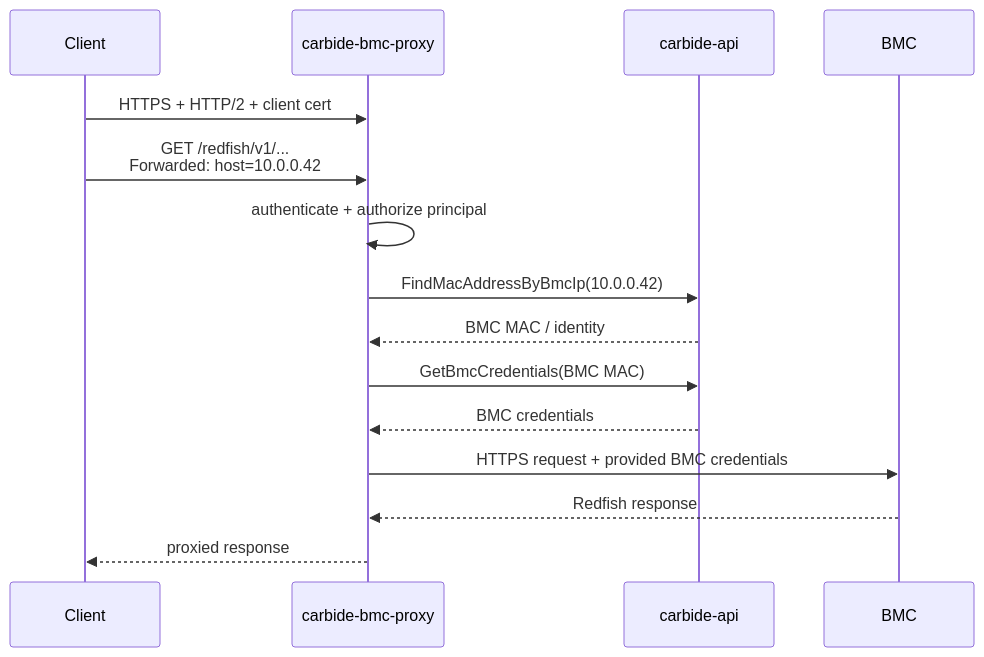
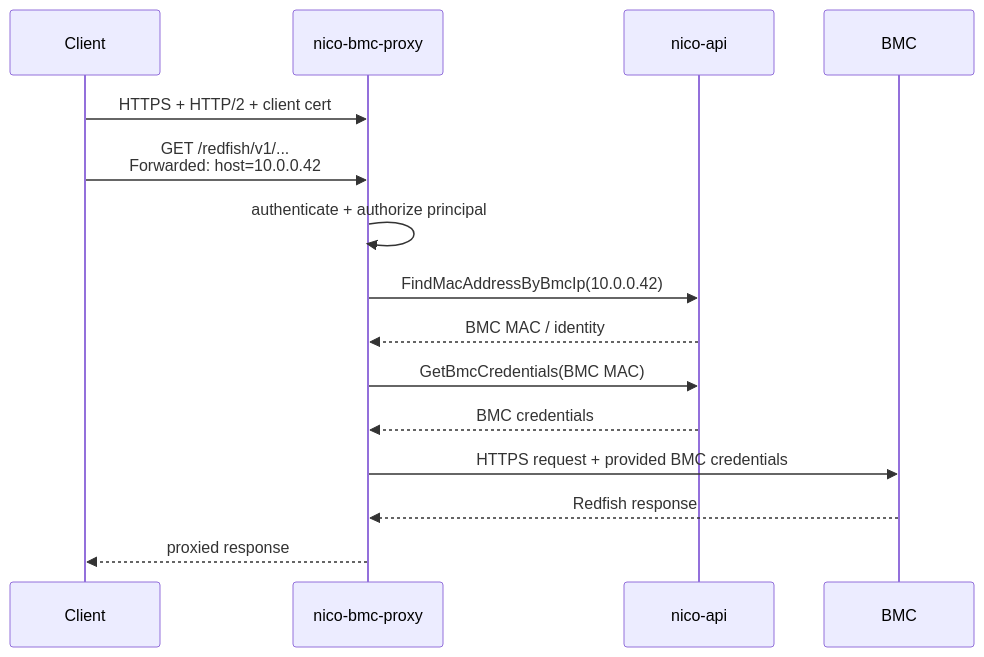
Before and after one commit to NVIDIA/infra-controller: the third of 3 diagrams in crates/bmc-proxy/README.md, drawn with Mermaid. The commit also changed other lines of this file and 89 other files, not shown here.

````diff
--- a/crates/bmc-proxy/README.md
+++ b/crates/bmc-proxy/README.md
@@ -203,18 +203,18 @@
 ```mermaid
 sequenceDiagram
     participant Client
-    participant Proxy as carbide-bmc-proxy
-    participant API as carbide-api
+    participant Proxy as nico-bmc-proxy
+    participant API as nico-api
     participant BMC
 
     Client->>Proxy: HTTPS + HTTP/2 + client cert
     Client->>Proxy: GET /redfish/v1/...<br/>Forwarded: host=10.0.0.42
     Proxy->>Proxy: authenticate + authorize principal
     Proxy->>API: FindMacAddressByBmcIp(10.0.0.42)
     API-->>Proxy: BMC MAC / identity
     Proxy->>API: GetBmcCredentials(BMC MAC)
     API-->>Proxy: BMC credentials
     Proxy->>BMC: HTTPS request + provided BMC credentials
     BMC-->>Proxy: Redfish response
     Proxy-->>Client: proxied response
 ```
````
